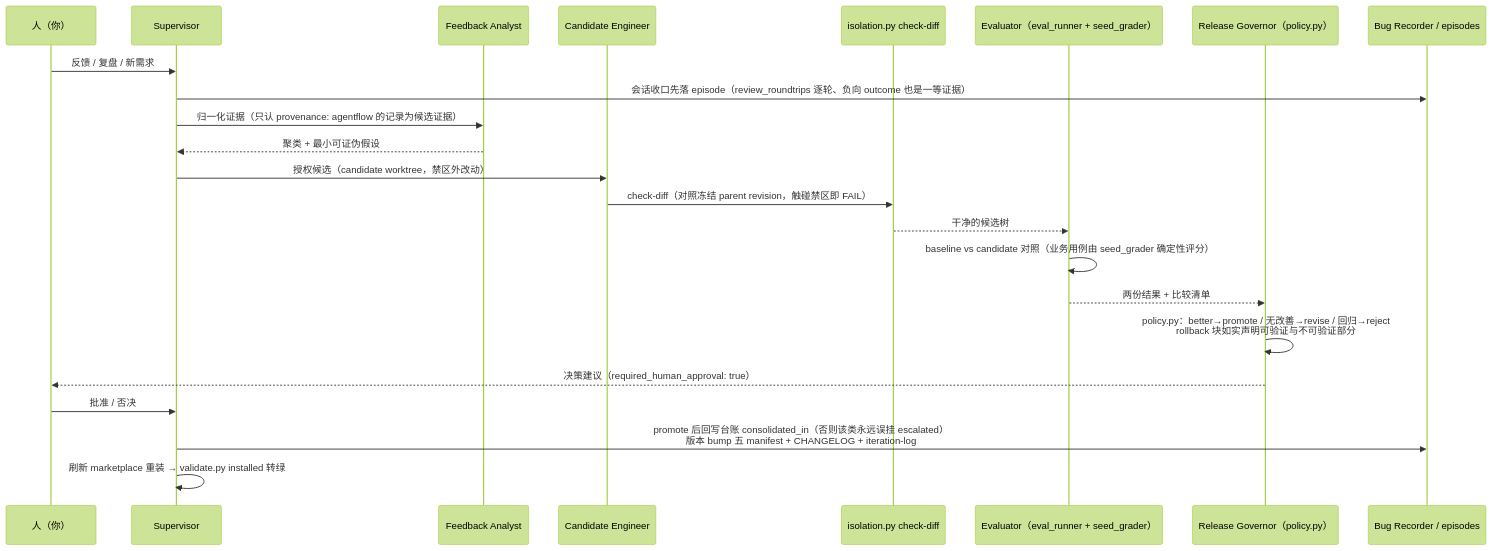
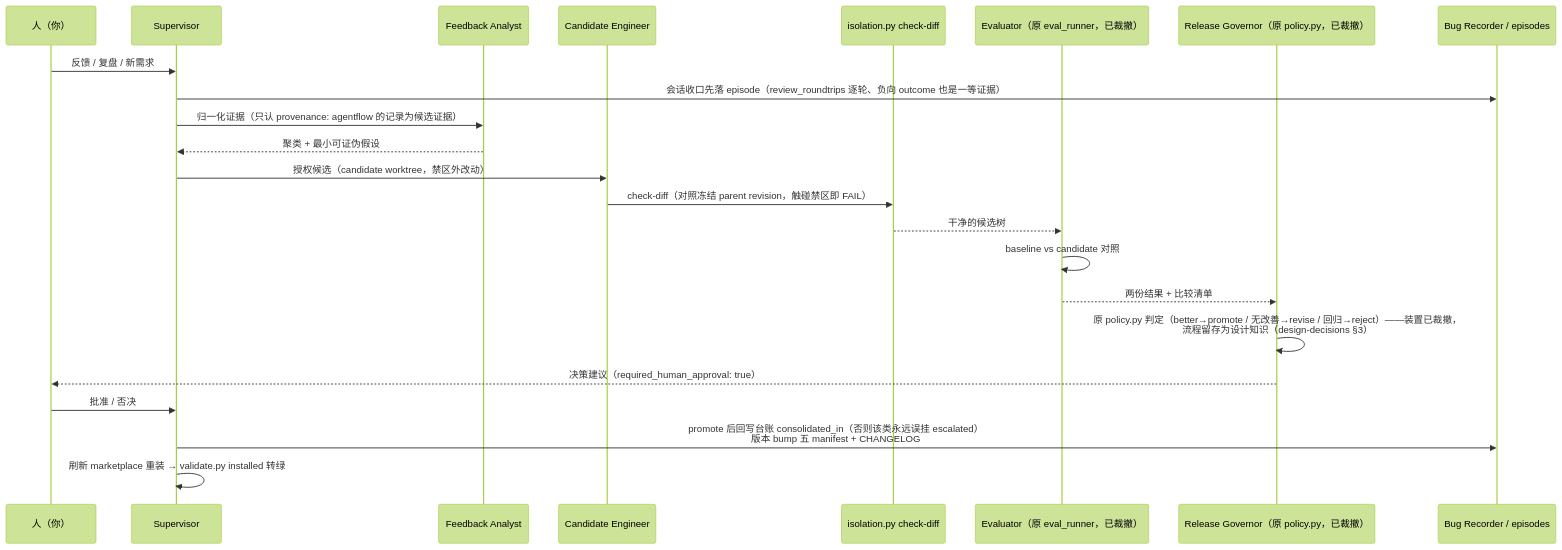
Before and after one commit to Ganseblum/agentflows: the fourth of 5 diagrams in docs/system-guide.md, drawn with Mermaid (forest theme). The commit also changed other lines of this file and 253 other files, not shown here.

````diff
--- a/docs/system-guide.md
+++ b/docs/system-guide.md
@@ -153,26 +152,26 @@
 ```mermaid
 sequenceDiagram
     participant U as 人（你）
     participant SU as Supervisor
     participant FA as Feedback Analyst
     participant CE as Candidate Engineer
     participant IS as isolation.py check-diff
-    participant EV as Evaluator（eval_runner + seed_grader）
-    participant RG as Release Governor（policy.py）
+    participant EV as Evaluator（原 eval_runner，已裁撤）
+    participant RG as Release Governor（原 policy.py，已裁撤）
     participant RE as Bug Recorder / episodes
 
     U->>SU: 反馈 / 复盘 / 新需求
     SU->>RE: 会话收口先落 episode（review_roundtrips 逐轮、负向 outcome 也是一等证据）
     SU->>FA: 归一化证据（只认 provenance: agentflow 的记录为候选证据）
     FA-->>SU: 聚类 + 最小可证伪假设
     SU->>CE: 授权候选（candidate worktree，禁区外改动）
     CE->>IS: check-diff（对照冻结 parent revision，触碰禁区即 FAIL）
     IS-->>EV: 干净的候选树
-    EV->>EV: baseline vs candidate 对照（业务用例由 seed_grader 确定性评分）
+    EV->>EV: baseline vs candidate 对照
     EV-->>RG: 两份结果 + 比较清单
-    RG->>RG: policy.py：better→promote / 无改善→revise / 回归→reject<br/>rollback 块如实声明可验证与不可验证部分
+    RG->>RG: 原 policy.py 判定（better→promote / 无改善→revise / 回归→reject）——装置已裁撤，<br/>流程留存为设计知识（design-decisions §3）
     RG-->>U: 决策建议（required_human_approval: true）
     U->>SU: 批准 / 否决
-    SU->>RE: promote 后回写台账 consolidated_in（否则该类永远误挂 escalated）<br/>版本 bump 五 manifest + CHANGELOG + iteration-log
+    SU->>RE: promote 后回写台账 consolidated_in（否则该类永远误挂 escalated）<br/>版本 bump 五 manifest + CHANGELOG
     SU->>SU: 刷新 marketplace 重装 → validate.py installed 转绿
 ```
````
